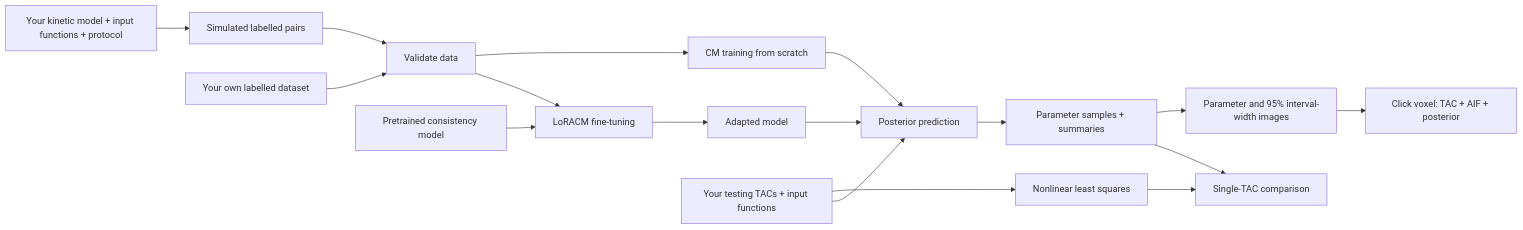
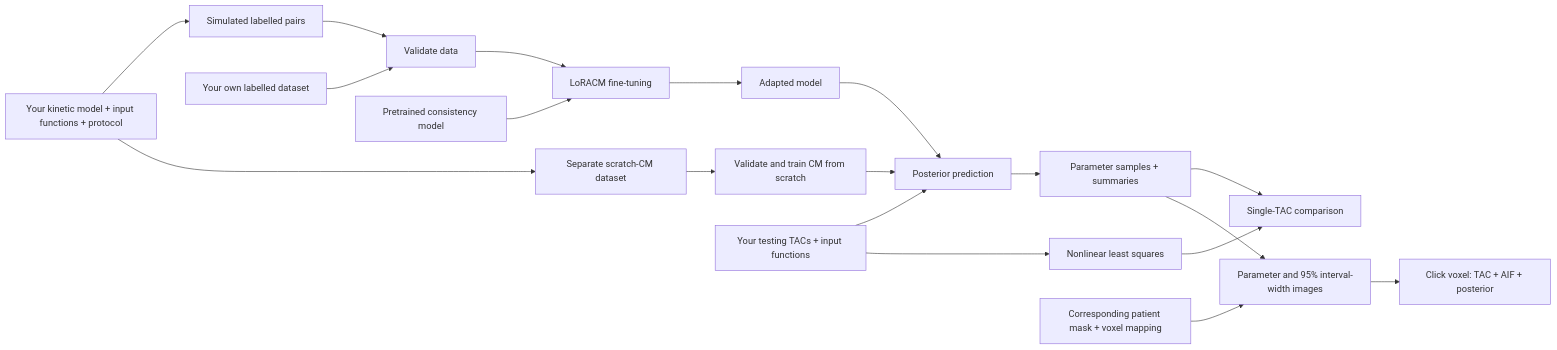
One commit to yundumbledore/PET-TRACER changed the diagram in README.md. Above: the diagram before and after it, drawn with Mermaid. The commit also changed other lines of this file and 29 other files, not shown here.

````diff
--- a/README.md
+++ b/README.md
@@ -37,19 +37,21 @@
 ```mermaid
 flowchart LR
     A[Your kinetic model + input functions + protocol] --> B[Simulated labelled pairs]
     C[Your own labelled dataset] --> D[Validate data]
     B --> D
     D --> E[LoRACM fine-tuning]
-    D --> M[CM training from scratch]
+    A --> S[Separate scratch-CM dataset]
+    S --> M[Validate and train CM from scratch]
     F[Pretrained consistency model] --> E
     E --> G[Adapted model]
     H[Your testing TACs + input functions] --> I[Posterior prediction]
     G --> I
     M --> I
     I --> J[Parameter samples + summaries]
     H --> K[Nonlinear least squares]
     J --> L[Single-TAC comparison]
     K --> L
     J --> N[Parameter and 95% interval-width images]
+    P[Corresponding patient mask + voxel mapping] --> N
     N --> O[Click voxel: TAC + AIF + posterior]
 ```
````
